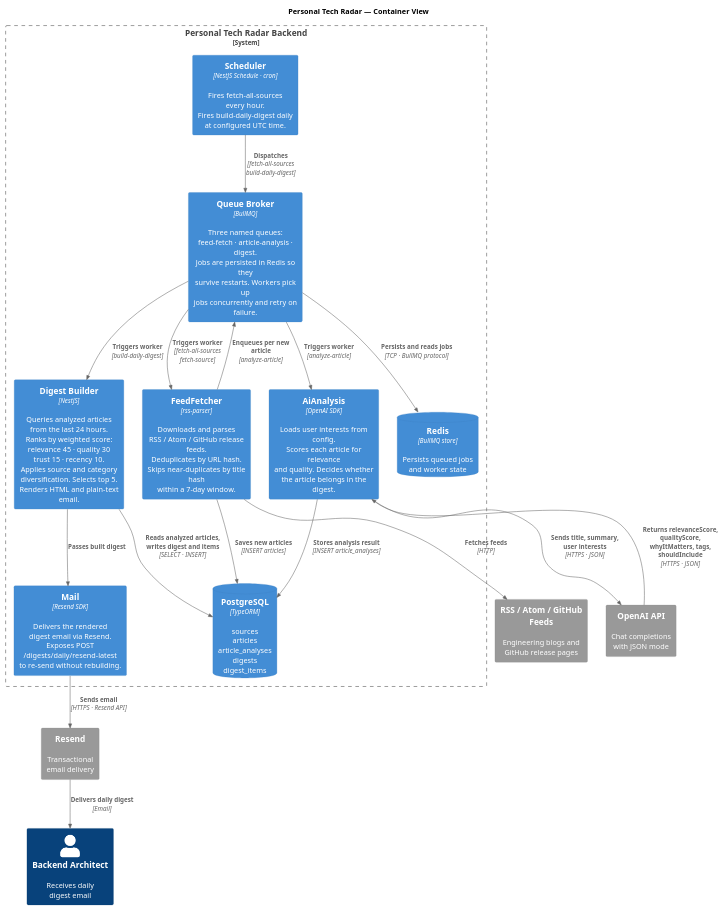
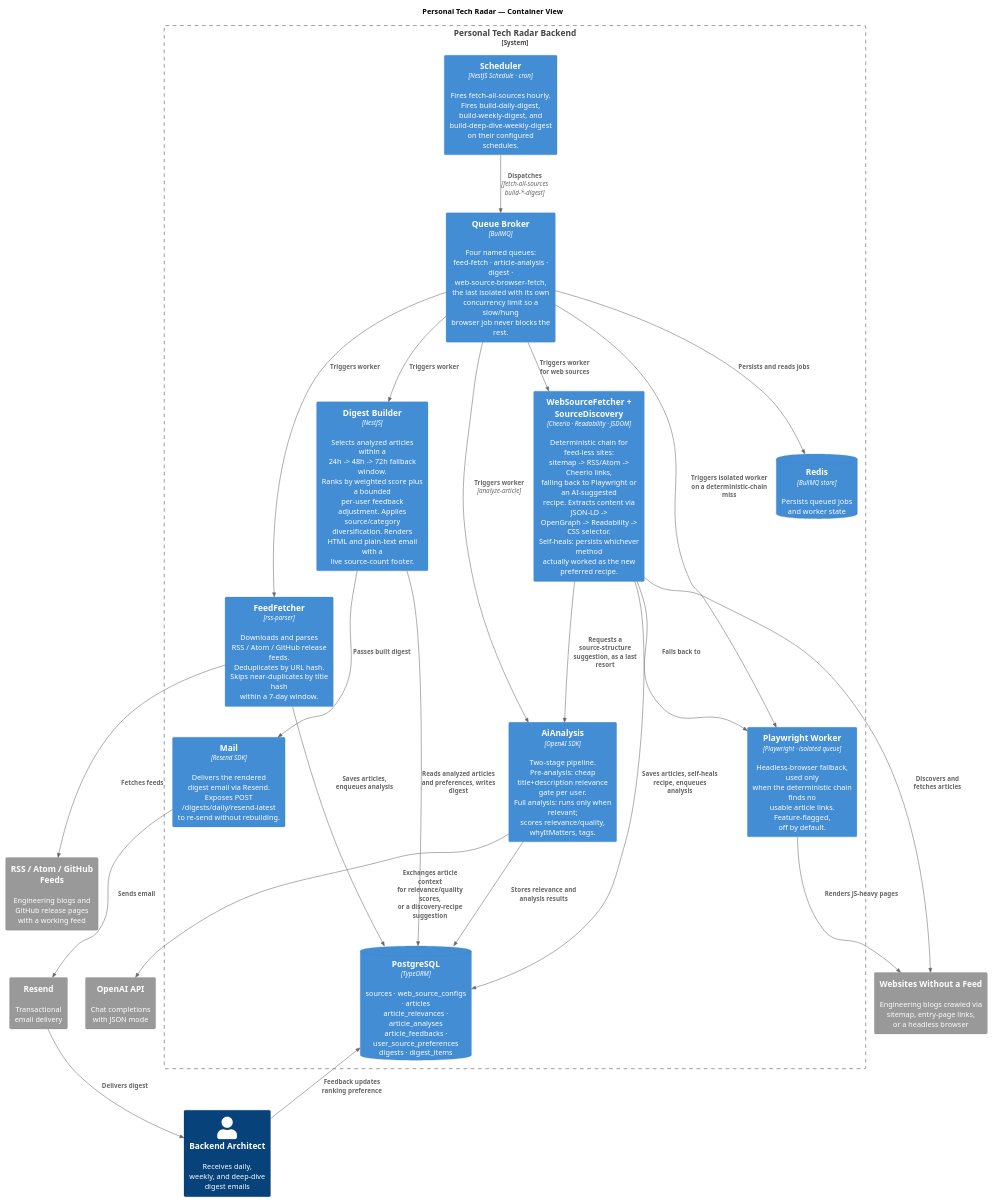
One commit to personal-tech-radar/ptr-backend changed the diagram in diagram/context/c4-context.puml. Above: the diagram before and after it, drawn with PlantUML. The commit also changed 5 other files, not shown here.

```diff
--- a/diagram/context/c4-context.puml
+++ b/diagram/context/c4-context.puml
@@ -1,55 +1,68 @@
 @startuml C4 Container - Personal Tech Radar
 !include https://raw.githubusercontent.com/plantuml-stdlib/C4-PlantUML/master/C4_Container.puml
 
 HIDE_STEREOTYPE()
 
 title Personal Tech Radar — Container View
 
-Person(user, "Backend Architect", "Receives daily\ndigest email")
+Person(user, "Backend Architect", "Receives daily,\nweekly, and deep-dive\ndigest emails")
 
-System_Ext(feeds, "RSS / Atom / GitHub Feeds", "Engineering blogs and\nGitHub release pages")
+System_Ext(feeds, "RSS / Atom / GitHub Feeds", "Engineering blogs and\nGitHub release pages\nwith a working feed")
+System_Ext(websites, "Websites Without a Feed", "Engineering blogs crawled via\nsitemap, entry-page links,\nor a headless browser")
 System_Ext(openai, "OpenAI API", "Chat completions\nwith JSON mode")
 System_Ext(resend, "Resend", "Transactional\nemail delivery")
 
 System_Boundary(ptr, "Personal Tech Radar Backend") {
 
-    Container(scheduler, "Scheduler", "NestJS Schedule · cron", "Fires fetch-all-sources\nevery hour.\nFires build-daily-digest daily\nat configured UTC time.")
+    Container(scheduler, "Scheduler", "NestJS Schedule · cron", "Fires fetch-all-sources hourly.\nFires build-daily-digest,\nbuild-weekly-digest, and\nbuild-deep-dive-weekly-digest\non their configured schedules.")
 
-    Container(queue, "Queue Broker", "BullMQ", "Three named queues:\nfeed-fetch · article-analysis · digest.\nJobs are persisted in Redis so they\nsurvive restarts. Workers pick up\njobs concurrently and retry on failure.")
+    Container(queue, "Queue Broker", "BullMQ", "Four named queues:\nfeed-fetch · article-analysis ·\ndigest · web-source-browser-fetch,\nthe last isolated with its own\nconcurrency limit so a slow/hung\nbrowser job never blocks the rest.")
 
     Container(fetcher, "FeedFetcher", "rss-parser", "Downloads and parses\nRSS / Atom / GitHub release feeds.\nDeduplicates by URL hash.\nSkips near-duplicates by title hash\nwithin a 7-day window.")
 
-    Container(analysis, "AiAnalysis", "OpenAI SDK", "Loads user interests from config.\nScores each article for relevance\nand quality. Decides whether\nthe article belongs in the digest.")
+    Container(webSource, "WebSourceFetcher +\nSourceDiscovery", "Cheerio · Readability · JSDOM", "Deterministic chain for feed-less sites:\nsitemap -> RSS/Atom -> Cheerio links,\nfalling back to Playwright or an AI-suggested\nrecipe. Extracts content via JSON-LD ->\nOpenGraph -> Readability -> CSS selector.\nSelf-heals: persists whichever method\nactually worked as the new preferred recipe.")
 
-    Container(digest, "Digest Builder", "NestJS", "Queries analyzed articles\nfrom the last 24 hours.\nRanks by weighted score:\nrelevance 45 · quality 30\ntrust 15 · recency 10.\nApplies source and category\ndiversification. Selects top 5.\nRenders HTML and plain-text email.")
+    Container(playwright, "Playwright Worker", "Playwright · isolated queue", "Headless-browser fallback, used only\nwhen the deterministic chain finds no\nusable article links. Feature-flagged,\noff by default.")
+
+    Container(analysis, "AiAnalysis", "OpenAI SDK", "Two-stage pipeline. Pre-analysis: cheap\ntitle+description relevance gate per user.\nFull analysis: runs only when relevant;\nscores relevance/quality, whyItMatters, tags.")
+
+    Container(digest, "Digest Builder", "NestJS", "Selects analyzed articles within a\n24h -> 48h -> 72h fallback window.\nRanks by weighted score plus a bounded\nper-user feedback adjustment. Applies\nsource/category diversification. Renders\nHTML and plain-text email with a\nlive source-count footer.")
 
     Container(mail, "Mail", "Resend SDK", "Delivers the rendered\ndigest email via Resend.\nExposes POST /digests/daily/resend-latest\nto re-send without rebuilding.")
 
-    ContainerDb(postgres, "PostgreSQL", "TypeORM", "sources\narticles\narticle_analyses\ndigests\ndigest_items")
+    ContainerDb(postgres, "PostgreSQL", "TypeORM", "sources · web_source_configs · articles\narticle_relevances · article_analyses\narticle_feedbacks · user_source_preferences\ndigests · digest_items")
 
     ContainerDb(redis, "Redis", "BullMQ store", "Persists queued jobs\nand worker state")
 }
 
-Rel(scheduler, queue, "Dispatches", "fetch-all-sources\nbuild-daily-digest")
+Rel(scheduler, queue, "Dispatches", "fetch-all-sources\nbuild-*-digest")
 
-Rel(queue, redis, "Persists and reads jobs", "TCP · BullMQ protocol")
+Rel(queue, redis, "Persists and reads jobs")
 
-Rel(queue, fetcher, "Triggers worker", "fetch-all-sources\nfetch-source")
+Rel(queue, fetcher, "Triggers worker")
+Rel(queue, webSource, "Triggers worker\nfor web sources")
+Rel(queue, playwright, "Triggers isolated worker\non a deterministic-chain miss")
 Rel(queue, analysis, "Triggers worker", "analyze-article")
-Rel(queue, digest, "Triggers worker", "build-daily-digest")
+Rel(queue, digest, "Triggers worker")
 
-Rel(fetcher, feeds, "Fetches feeds", "HTTP")
-Rel(fetcher, postgres, "Saves new articles", "INSERT articles")
-Rel(fetcher, queue, "Enqueues per new article", "analyze-article")
+Rel(fetcher, feeds, "Fetches feeds")
+Rel(fetcher, postgres, "Saves articles,\nenqueues analysis")
 
-Rel(analysis, openai, "Sends title, summary,\nuser interests", "HTTPS · JSON")
-Rel(openai, analysis, "Returns relevanceScore, qualityScore,\nwhyItMatters, tags, shouldInclude", "HTTPS · JSON")
-Rel(analysis, postgres, "Stores analysis result", "INSERT article_analyses")
+Rel(webSource, websites, "Discovers and\nfetches articles")
+Rel(webSource, playwright, "Falls back to")
+Rel(webSource, analysis, "Requests a source-structure\nsuggestion, as a last resort")
+Rel(webSource, postgres, "Saves articles, self-heals\nrecipe, enqueues analysis")
 
-Rel(digest, postgres, "Reads analyzed articles,\nwrites digest and items", "SELECT · INSERT")
+Rel(playwright, websites, "Renders JS-heavy pages")
+
+Rel(analysis, openai, "Exchanges article context\nfor relevance/quality scores,\nor a discovery-recipe suggestion")
+Rel(analysis, postgres, "Stores relevance and\nanalysis results")
+
+Rel(digest, postgres, "Reads analyzed articles\nand preferences, writes digest")
 Rel(digest, mail, "Passes built digest")
 
-Rel(mail, resend, "Sends email", "HTTPS · Resend API")
-Rel(resend, user, "Delivers daily digest", "Email")
+Rel(mail, resend, "Sends email")
+Rel(resend, user, "Delivers digest")
+Rel(user, postgres, "Feedback updates\nranking preference")
 
 @enduml
```
